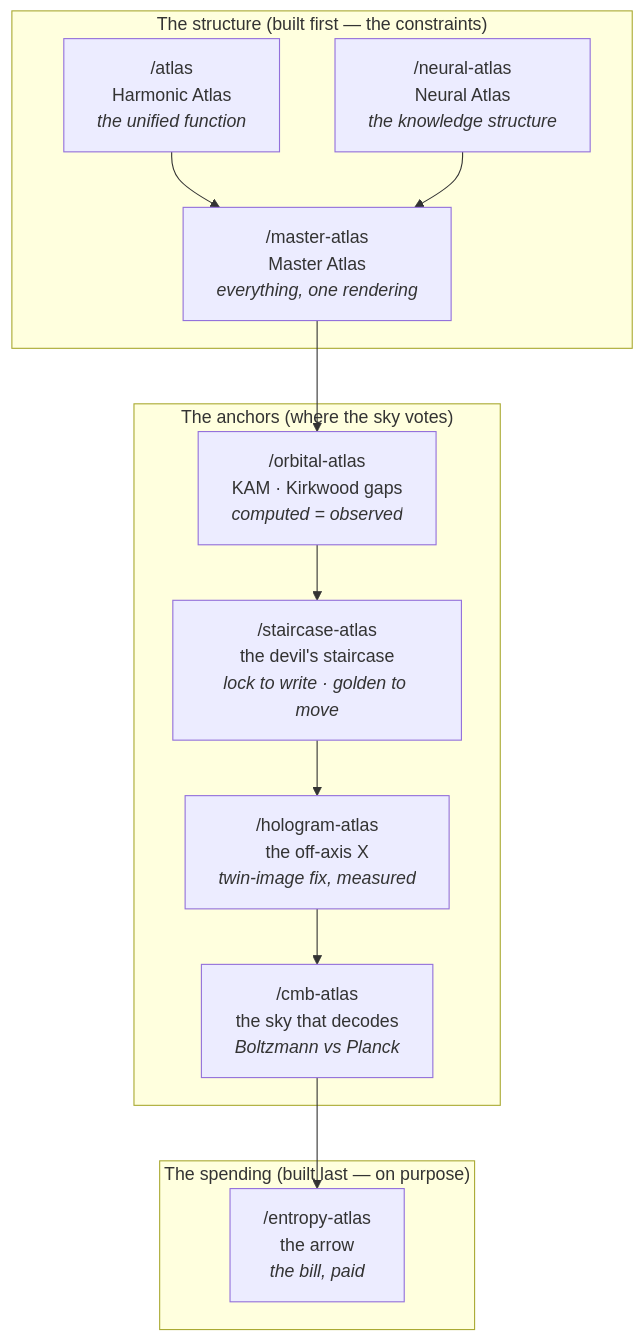
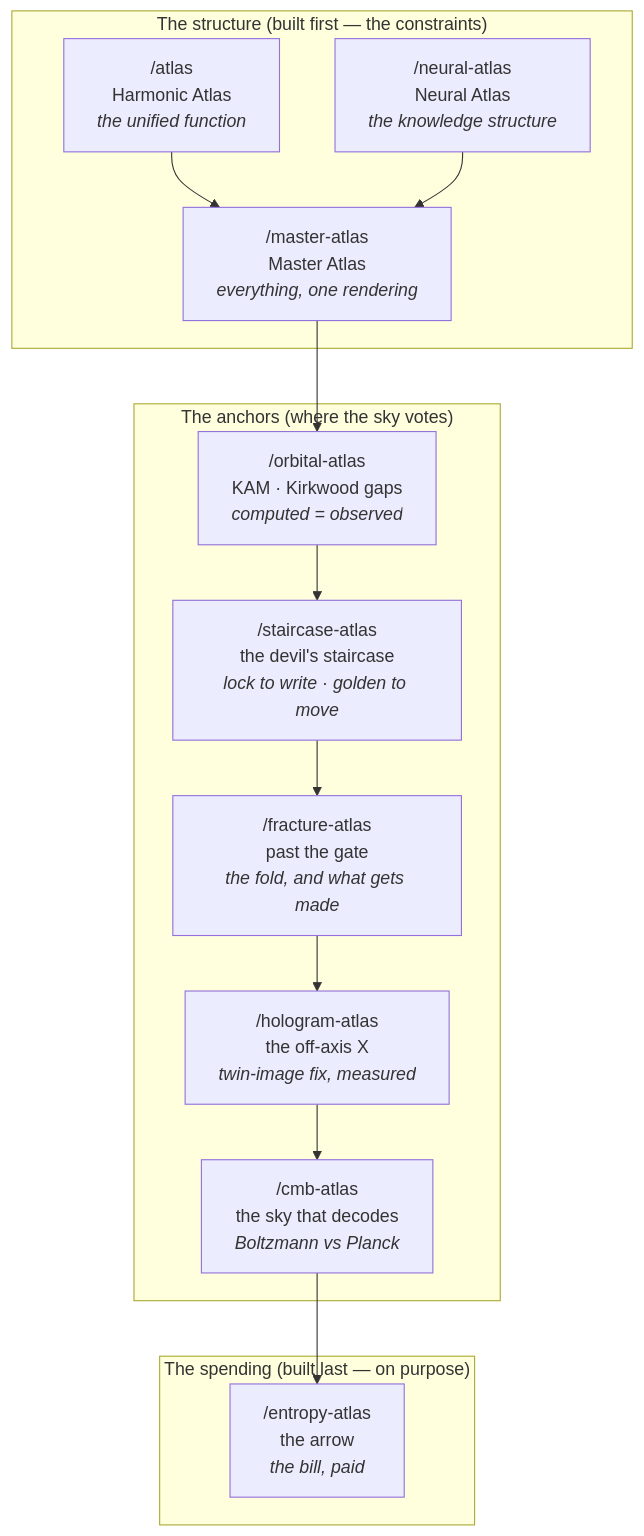
The diagram in docs/ATLAS.md (sbarteau2022/EthicalIntelligenceProject), drawn with Mermaid before and after one commit. The commit also changed other lines of this file and 5 other files, not shown here.

````diff
--- a/docs/ATLAS.md
+++ b/docs/ATLAS.md
@@ -19,20 +19,21 @@
 ```mermaid
 flowchart TD
     subgraph GEOMETRY["The structure (built first — the constraints)"]
         A["/atlas<br/>Harmonic Atlas<br/><i>the unified function</i>"]
         N["/neural-atlas<br/>Neural Atlas<br/><i>the knowledge structure</i>"]
         M["/master-atlas<br/>Master Atlas<br/><i>everything, one rendering</i>"]
         A --> M
         N --> M
     end
     subgraph ANCHORS["The anchors (where the sky votes)"]
         O["/orbital-atlas<br/>KAM · Kirkwood gaps<br/><i>computed = observed</i>"]
         S["/staircase-atlas<br/>the devil's staircase<br/><i>lock to write · golden to move</i>"]
+        F["/fracture-atlas<br/>past the gate<br/><i>the fold, and what gets made</i>"]
         H["/hologram-atlas<br/>the off-axis X<br/><i>twin-image fix, measured</i>"]
         C["/cmb-atlas<br/>the sky that decodes<br/><i>Boltzmann vs Planck</i>"]
     end
     subgraph ARROW["The spending (built last — on purpose)"]
         E["/entropy-atlas<br/>the arrow<br/><i>the bill, paid</i>"]
     end
-    M --> O --> S --> H --> C --> E
+    M --> O --> S --> F --> H --> C --> E
 ```
````
